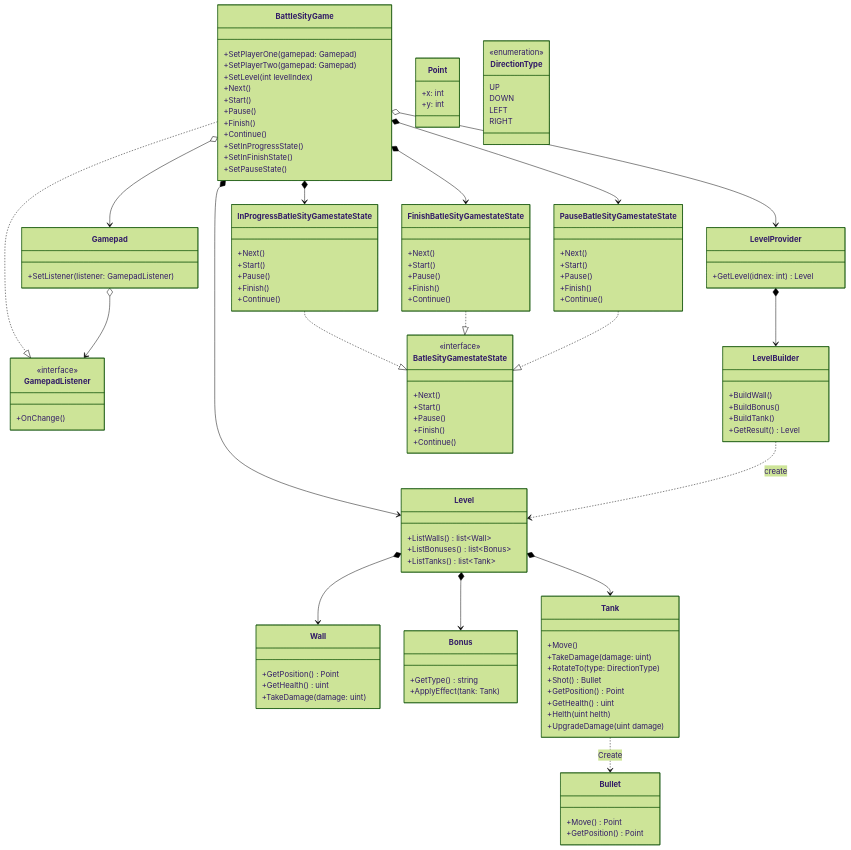
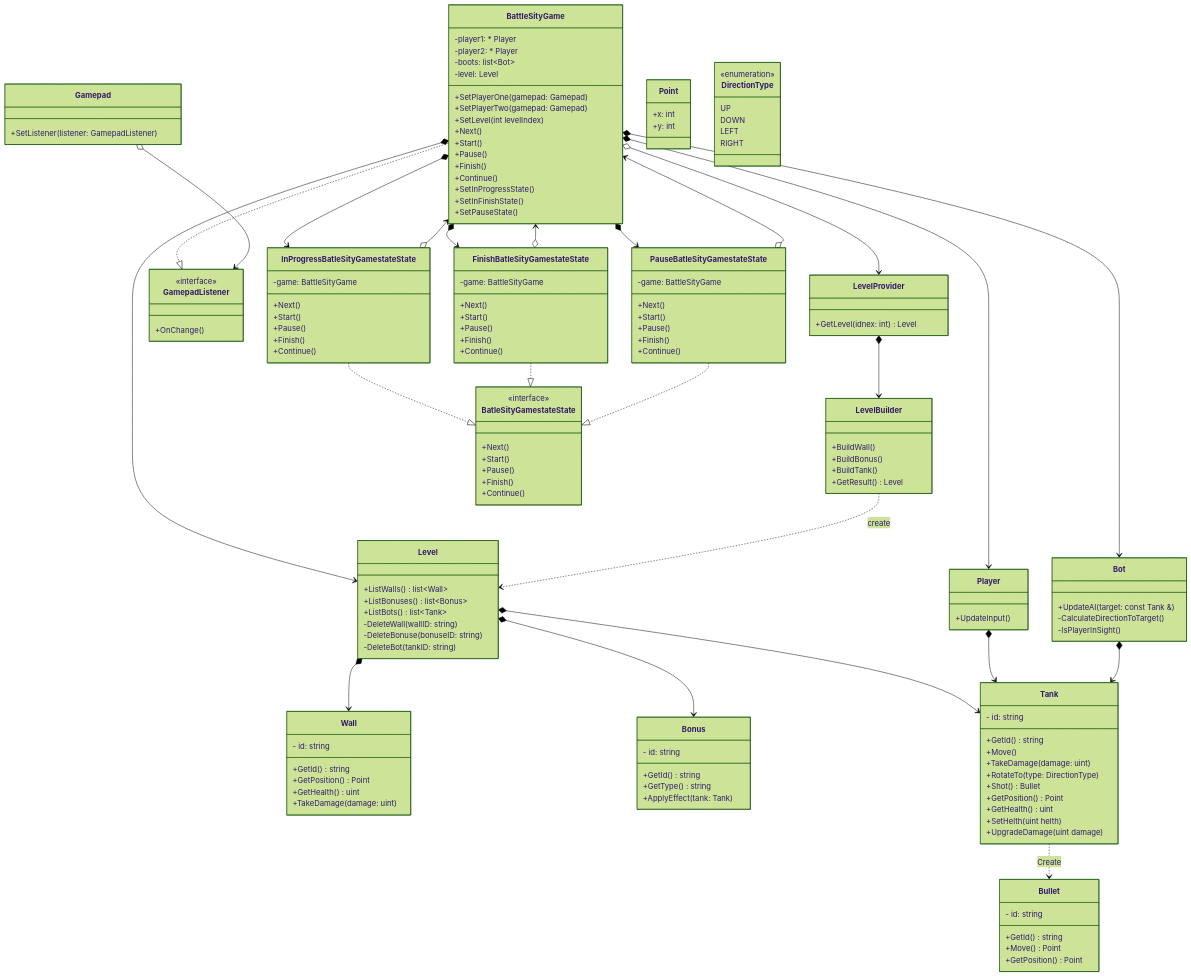
Before and after one commit to 555Jeka555/OOD-labs: the diagram in exam/Schemas/Tanks.md, drawn with Mermaid (forest theme). The commit also changed 1 other file, not shown here.

Commit message:
Добавил схему Tanks

```diff
--- a/exam/Schemas/Tanks.md
+++ b/exam/Schemas/Tanks.md
@@ -3,7 +3,6 @@
     BattleSityGame o--> LevelProvider
     BattleSityGame *--> Level
     BattleSityGame ..|>  GamepadListener
-    BattleSityGame o--> Gamepad
     
     Gamepad o--> GamepadListener
 
@@ -25,6 +24,16 @@
     BattleSityGame *--> FinishBatleSityGamestateState
     BattleSityGame *--> PauseBatleSityGamestateState
 
+    InProgressBatleSityGamestateState o--> BattleSityGame 
+    FinishBatleSityGamestateState o--> BattleSityGame 
+    PauseBatleSityGamestateState o--> BattleSityGame
+
+    BattleSityGame *--> Player
+    BattleSityGame *--> Bot
+
+    Player *--> Tank
+    Bot *--> Tank
+
     class BatleSityGamestateState {
         <<interface>>
         +Next()
@@ -35,6 +44,8 @@
     }
 
     class InProgressBatleSityGamestateState {
+        -game: BattleSityGame
+
         +Next()
         +Start()
         +Pause()
@@ -43,6 +54,8 @@
     }
 
     class FinishBatleSityGamestateState {
+        -game: BattleSityGame
+
         +Next()
         +Start()
         +Pause()
@@ -51,6 +64,8 @@
     }
 
     class PauseBatleSityGamestateState {
+        -game: BattleSityGame
+
         +Next()
         +Start()
         +Pause()
@@ -59,6 +74,11 @@
     }
 
     class BattleSityGame {
+        -player1: * Player
+        -player2: * Player
+        -boots: list~Bot~
+        -level: Level
+
         +SetPlayerOne(gamepad: Gamepad)
         +SetPlayerTwo(gamepad: Gamepad)
         +SetLevel(int levelIndex)
@@ -75,12 +95,14 @@
     class LevelProvider {
         +GetLevel(idnex: int) Level
     }
-
     
     class Level {
         +ListWalls() list~Wall~
         +ListBonuses() list~Bonus~
-        +ListTanks() list~Tank~
+        +ListBots() list~Tank~
+        -DeleteWall(wallID: string)
+        -DeleteBonuse(bonuseID: string)
+        -DeleteBot(tankID: string)
     }
 
     class LevelBuilder {
@@ -91,22 +113,31 @@
     }
 
     class Tank {
-        +Move()
+        - id: string
+
+        +GetId() string
+        +Move() 
         +TakeDamage(damage: uint)
         +RotateTo(type: DirectionType)
         +Shot() Bullet
         +GetPosition() Point
         +GetHealth() uint
-        +Helth(uint helth)
+        +SetHelth(uint helth)
         +UpgradeDamage(uint damage)
     }
 
     class Bullet {
+        - id: string
+
+        +GetId() string
         +Move() Point
         +GetPosition() Point
     }
 
     class Bonus {
+        - id: string
+
+        +GetId() string
         +GetType() string
         +ApplyEffect(tank: Tank)
     }
@@ -121,9 +152,22 @@
     }
 
     class Wall {
+        - id: string
+
+        +GetId() string
         +GetPosition() Point
         +GetHealth() uint
         +TakeDamage(damage: uint)
+    }
+
+    class Player {
+        +UpdateInput()
+    }
+
+    class Bot {
+        +UpdateAI(target: const Tank &)
+        -CalculateDirectionToTarget()
+        -IsPlayerInSight()
     }
 
     class Point {
```
